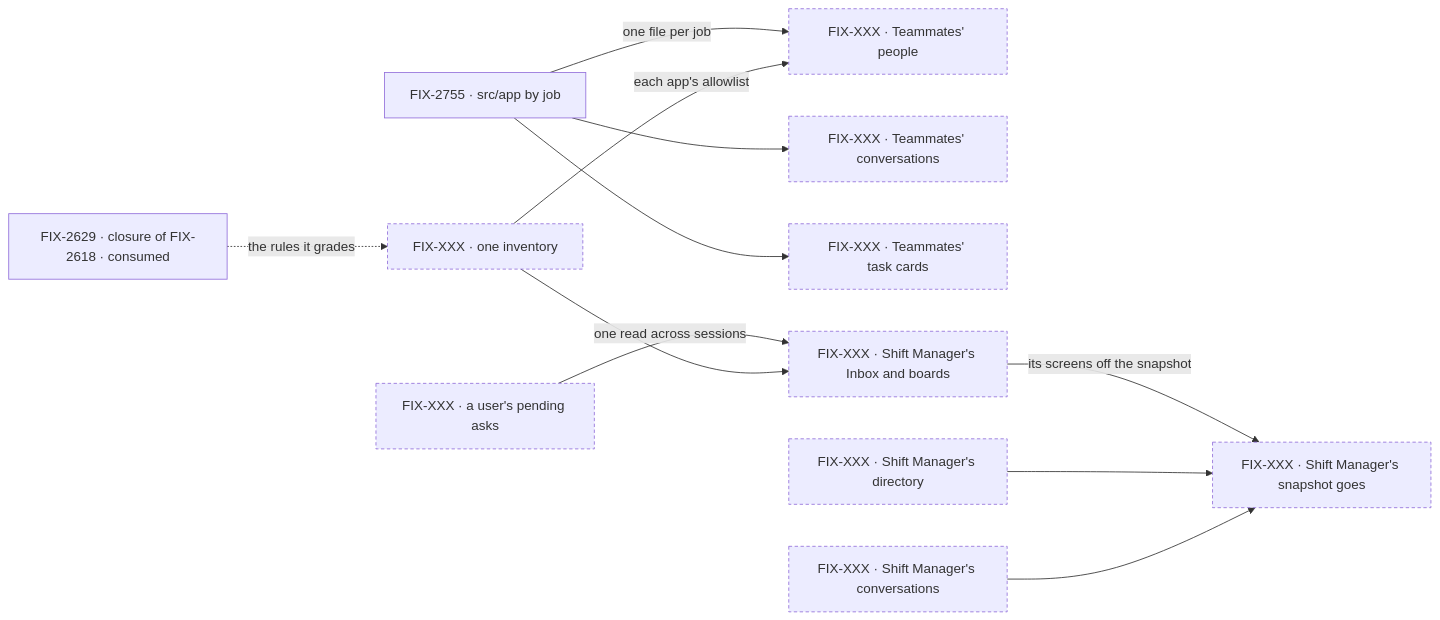
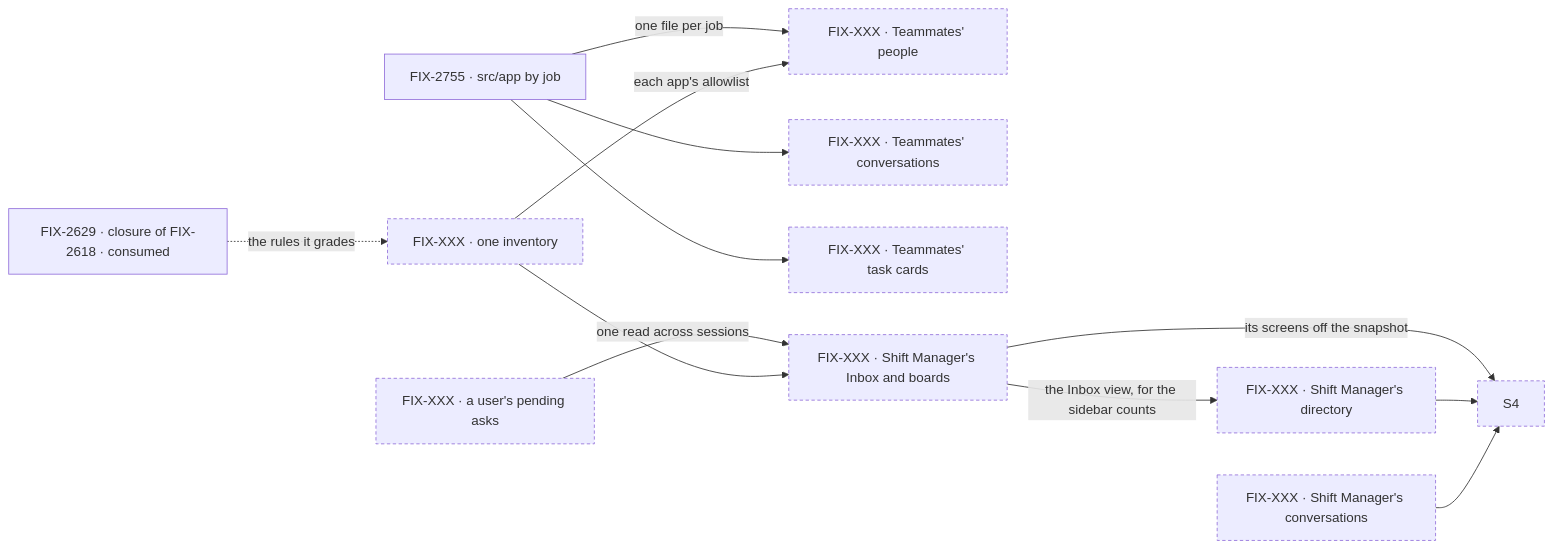
One commit to fixpoint-labs/flow-state-dev changed the second of 2 diagrams in specs/epics/FIX-2683/SPEC.md. Above: the diagram before and after it, drawn with Mermaid. The commit also changed other lines of this file, not shown here.

First line of the commit message:
spec(epic): FIX-2683 the directory child waits for the Inbox view its sidebar counts read

````diff
--- a/specs/epics/FIX-2683/SPEC.md
+++ b/specs/epics/FIX-2683/SPEC.md
@@ -96,15 +96,16 @@
 ```mermaid
 flowchart LR
   X["FIX-2629 · closure of FIX-2618 · consumed"] -.->|"the rules it grades"| R["FIX-XXX · one inventory"]
   L["FIX-2755 · src/app by job"] -->|"one file per job"| T1["FIX-XXX · Teammates' people"]
   L --> T2["FIX-XXX · Teammates' conversations"]
   L --> T3["FIX-XXX · Teammates' task cards"]
   R -->|"each app's allowlist"| T1
   A["FIX-XXX · a user's pending asks"] -->|"one read across sessions"| S1["FIX-XXX · Shift Manager's Inbox and boards"]
   R --> S1
-  S1 -->|"its screens off the snapshot"| S4["FIX-XXX · Shift Manager's snapshot goes"]
+  S1 -->|"its screens off the snapshot"| S4
+  S1 -->|"the Inbox view, for the sidebar counts"| S2["FIX-XXX · Shift Manager's snapshot goes"]
   S2["FIX-XXX · Shift Manager's directory"] --> S4
   S3["FIX-XXX · Shift Manager's conversations"] --> S4
   classDef proposed stroke-dasharray:4 3
   class R,A,T1,T2,T3,S1,S2,S3,S4 proposed
 ```
````
